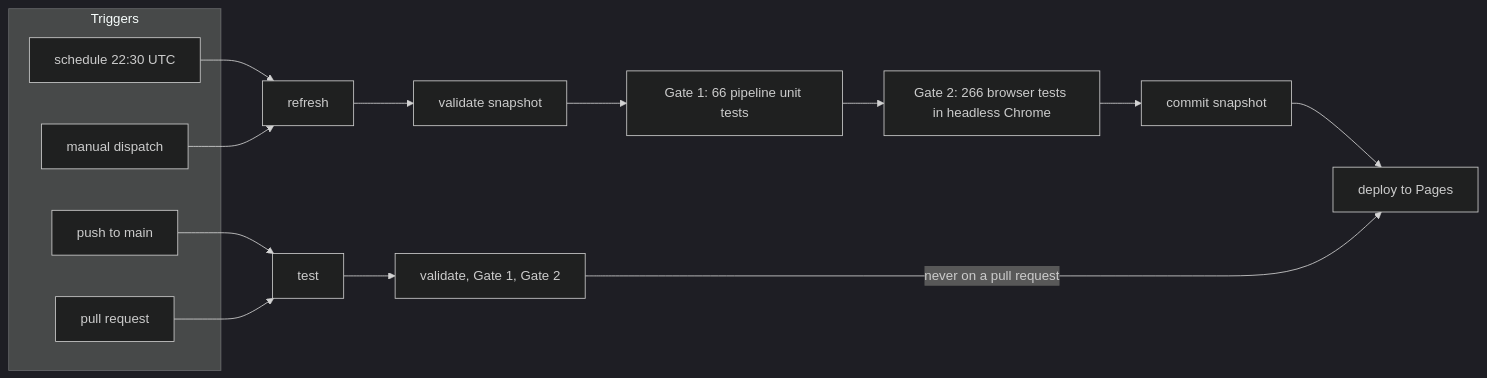
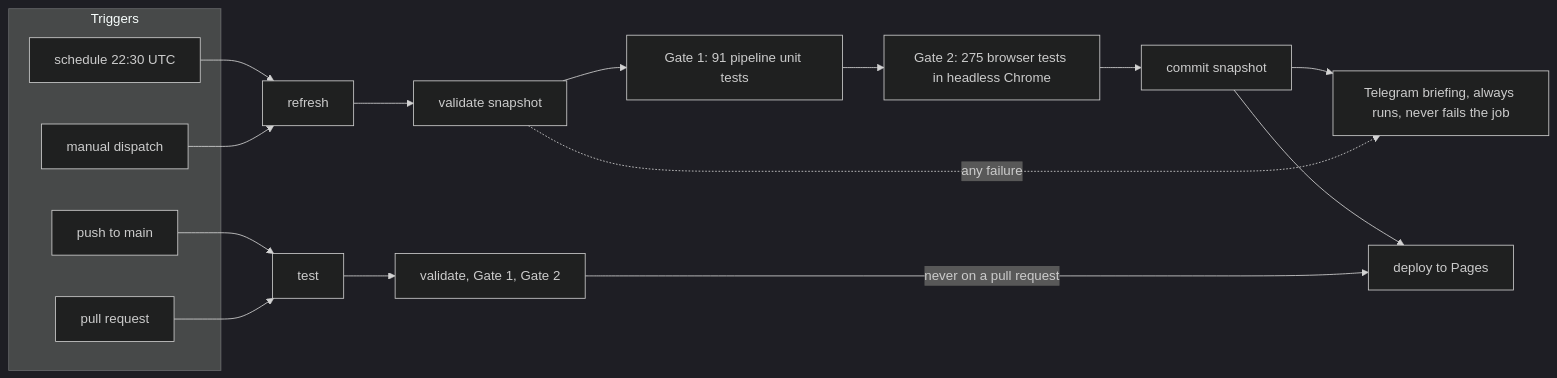
One commit to myc208/quantlens changed the fourth of 5 diagrams in README.md. Above: the diagram before and after it, drawn with Mermaid (dark theme). The commit also changed other lines of this file and 17 other files, not shown here.

````diff
--- a/README.md
+++ b/README.md
@@ -529,17 +558,19 @@
 ```mermaid
 flowchart LR
   subgraph T["Triggers"]
     S["schedule 22:30 UTC"]
     D["manual dispatch"]
     P["push to main"]
     PR["pull request"]
   end
   S --> REF["refresh"]
   D --> REF
   P --> TEST["test"]
   PR --> TEST
-  REF --> V["validate snapshot"] --> G1["Gate 1: 66 pipeline unit tests"] --> G2["Gate 2: 266 browser tests in headless Chrome"] --> C["commit snapshot"]
+  REF --> V["validate snapshot"] --> G1["Gate 1: 91 pipeline unit tests"] --> G2["Gate 2: 275 browser tests in headless Chrome"] --> C["commit snapshot"]
+  C --> TG["Telegram briefing, always runs, never fails the job"]
+  V -.->|"any failure"| TG
   TEST --> V2["validate, Gate 1, Gate 2"]
   C --> DEP["deploy to Pages"]
   V2 -->|"never on a pull request"| DEP
 ```
````
